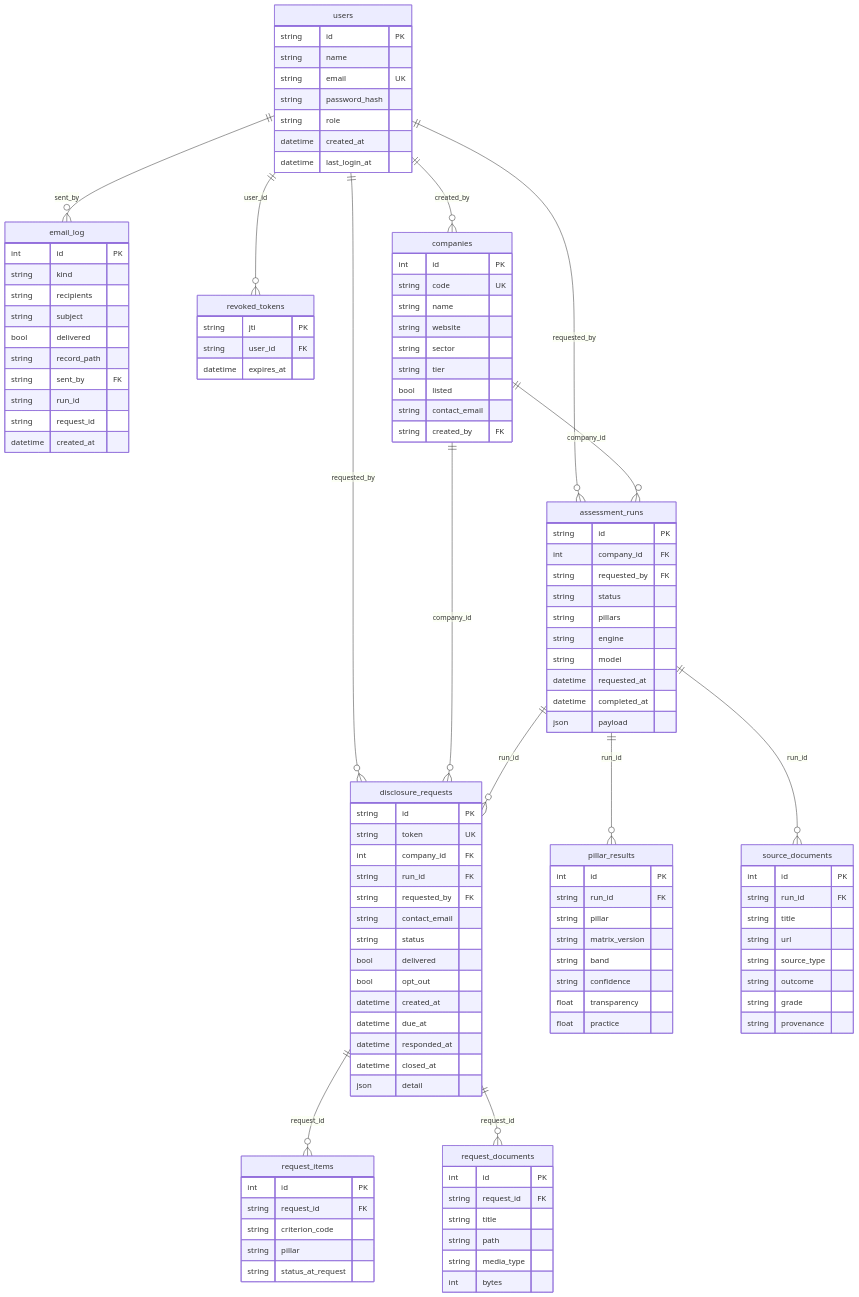
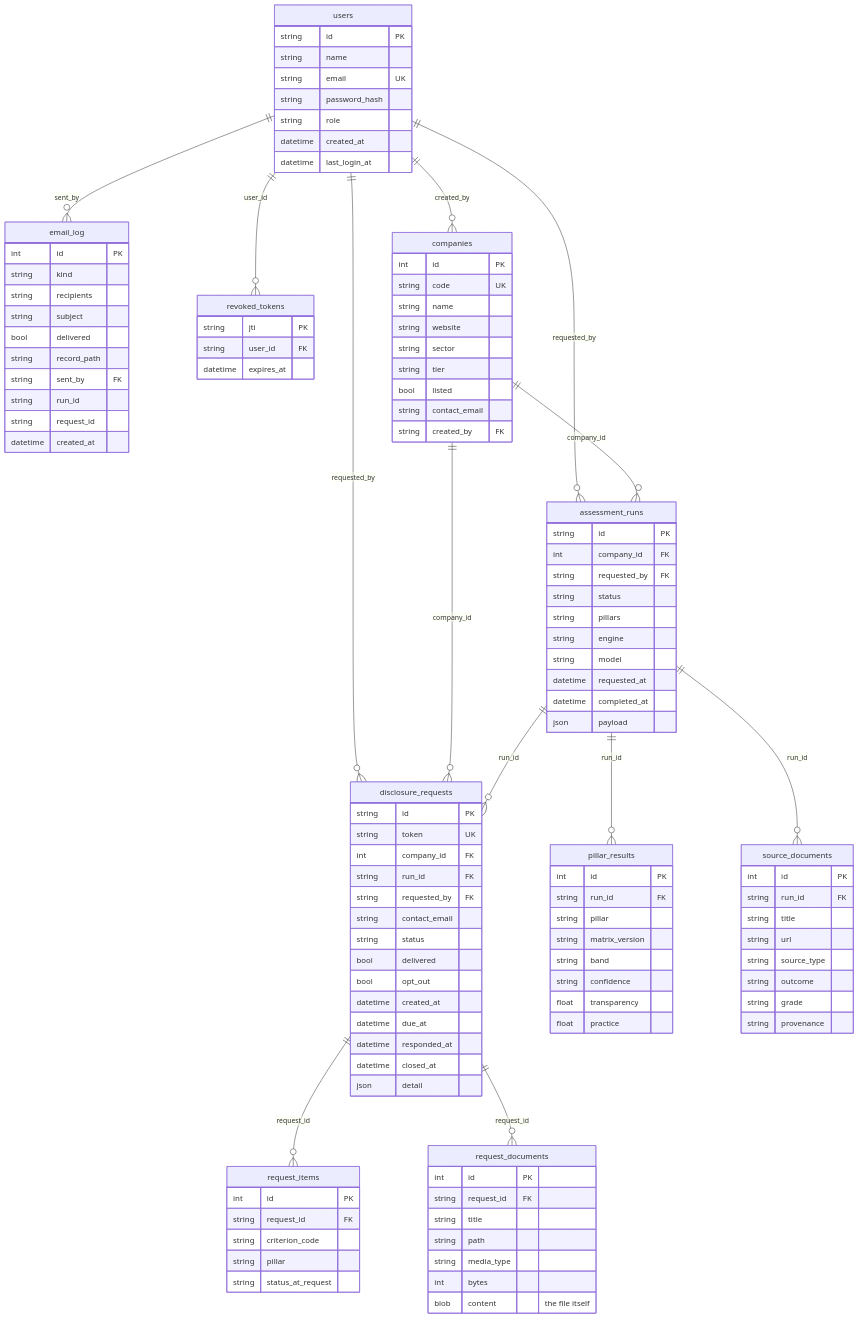
The diagram in docs/database.md (ESG-Platform-Team/ProvisionIT_ESG), drawn with Mermaid before and after one commit. The commit also changed 21 other files, not shown here.

```diff
--- a/docs/database.md
+++ b/docs/database.md
@@ -112,6 +112,7 @@
         string path
         string media_type
         int bytes
+        blob content "the file itself"
     }
     email_log {
         int id PK
```
